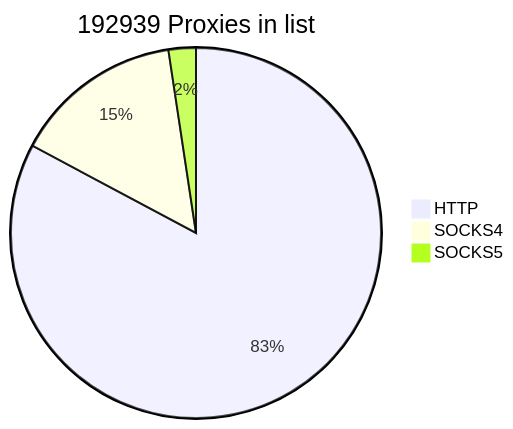
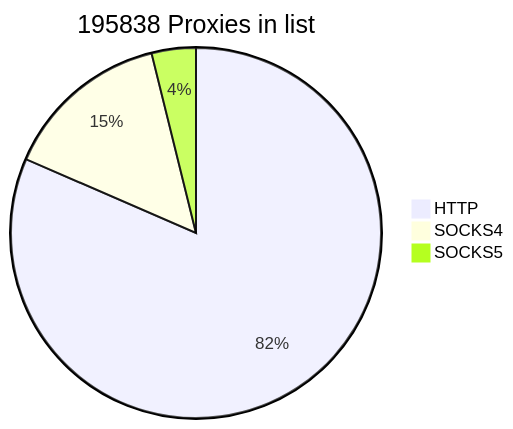
The first of 2 diagrams in README.md (cutipu/proxylist), drawn with Mermaid before and after one commit. The commit also changed other lines of this file, not shown here.

````diff
--- a/README.md
+++ b/README.md
@@ -2,7 +2,7 @@
 ```mermaid
-pie title 192939 Proxies in list
-    "HTTP" : 159760
-    "SOCKS4" : 28578
-    "SOCKS5" : 4601
+pie title 195838 Proxies in list
+    "HTTP" : 159643
+    "SOCKS4" : 28642
+    "SOCKS5" : 7553
             
 ```
````
